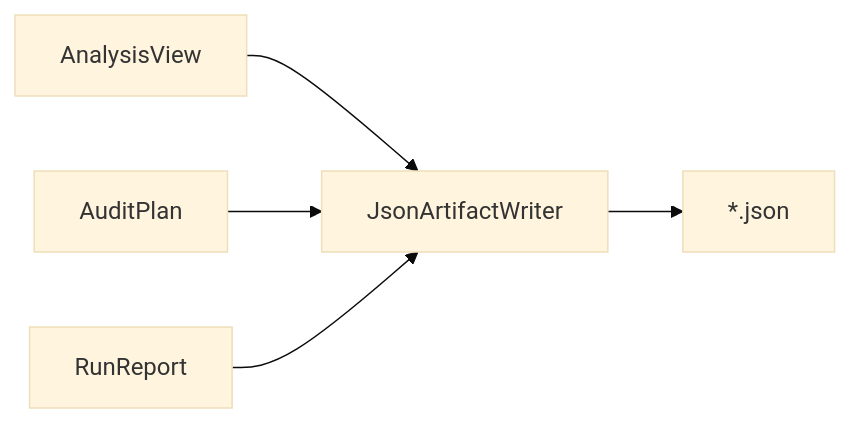
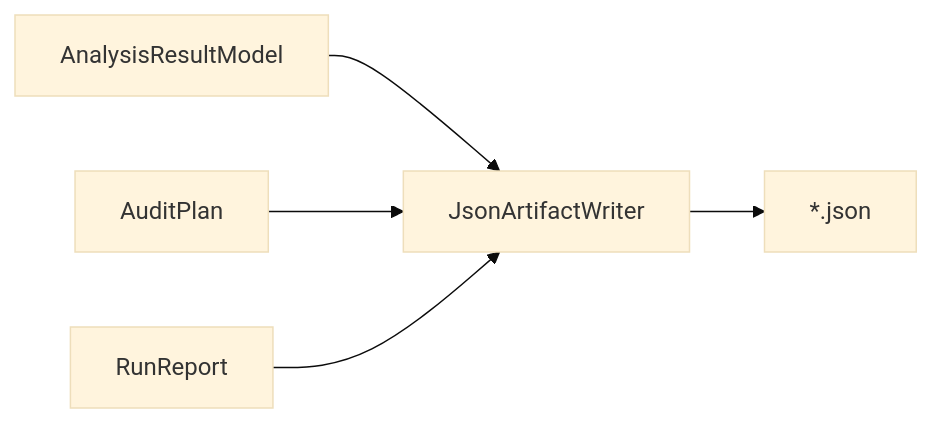
One commit to NonlinearLearning/TerrariaTools changed the diagram in dome/docs/layers/reporting.md. Above: the diagram before and after it, drawn with Mermaid (base theme). The commit also changed other lines of this file and 51 other files, not shown here.

````diff
--- a/dome/docs/layers/reporting.md
+++ b/dome/docs/layers/reporting.md
@@ -60,7 +60,7 @@
 ```mermaid
 flowchart LR
-    ANALYSIS["AnalysisView"] --> REPORTING["JsonArtifactWriter"]
+    ANALYSIS["AnalysisResultModel"] --> REPORTING["JsonArtifactWriter"]
     PLAN["AuditPlan"] --> REPORTING
     REPORT["RunReport"] --> REPORTING
     REPORTING --> FILES["*.json"]
 ```
````
